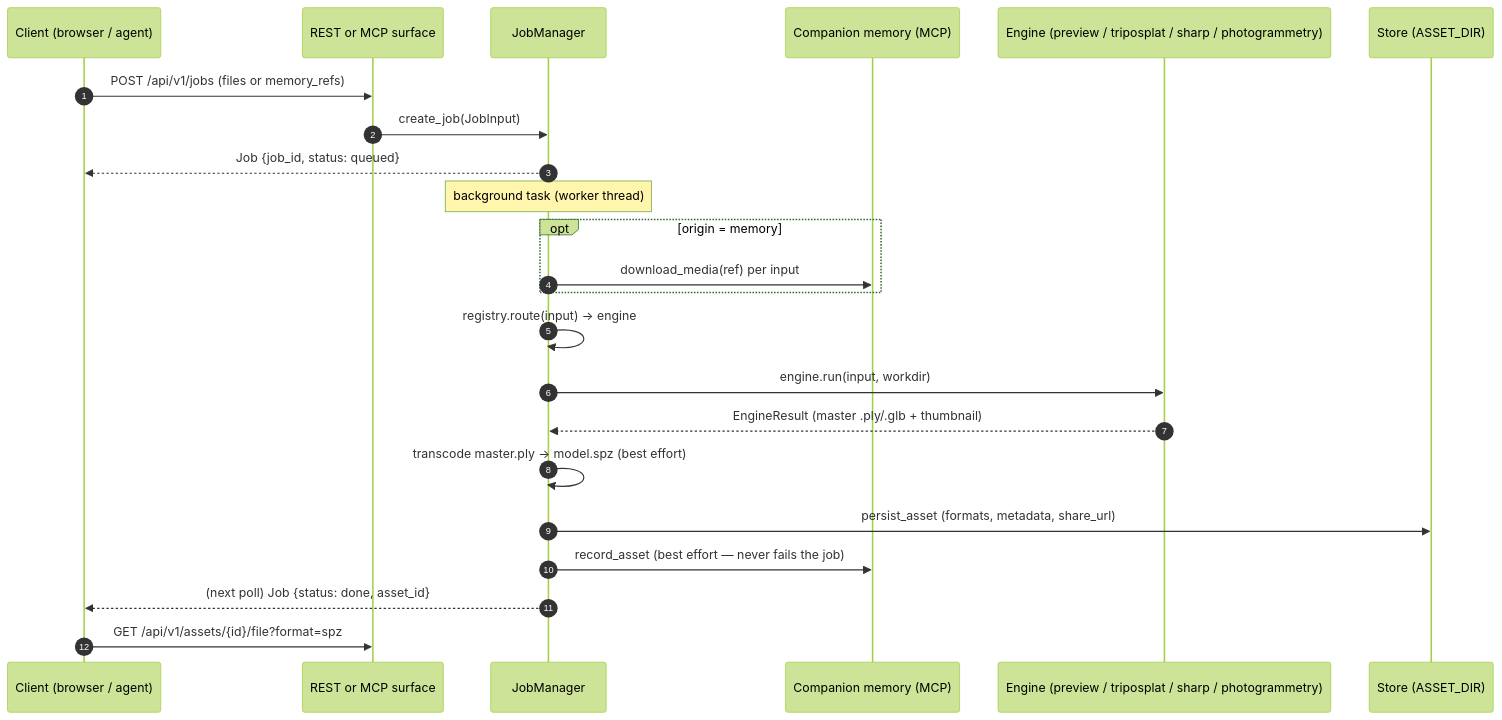
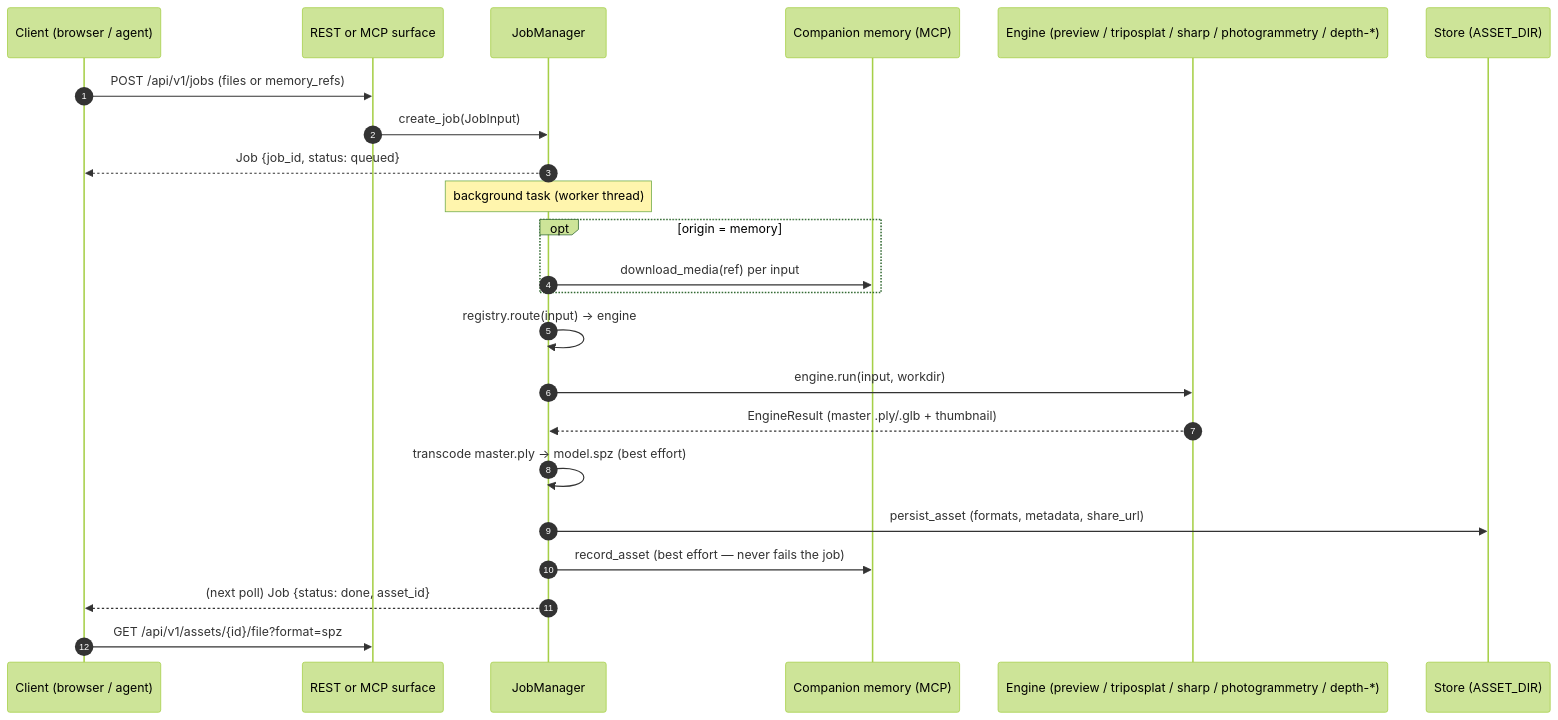
Before and after one commit to companionintelligence/CI-Spatial-Photo: the first of 4 diagrams in docs/API.md, drawn with Mermaid (forest theme). The commit also changed other lines of this file and 61 other files, not shown here.

````diff
--- a/docs/API.md
+++ b/docs/API.md
@@ -28,26 +28,26 @@
 ```mermaid
 sequenceDiagram
     autonumber
     participant C as Client (browser / agent)
     participant API as REST or MCP surface
     participant JM as JobManager
     participant M as Companion memory (MCP)
-    participant E as Engine (preview / triposplat / sharp / photogrammetry)
+    participant E as Engine (preview / triposplat / sharp / photogrammetry / depth-*)
     participant S as Store (ASSET_DIR)
 
     C->>API: POST /api/v1/jobs (files or memory_refs)
     API->>JM: create_job(JobInput)
     JM-->>C: Job {job_id, status: queued}
     Note over JM: background task (worker thread)
     opt origin = memory
         JM->>M: download_media(ref) per input
     end
     JM->>JM: registry.route(input) → engine
     JM->>E: engine.run(input, workdir)
     E-->>JM: EngineResult (master .ply/.glb + thumbnail)
     JM->>JM: transcode master.ply → model.spz (best effort)
     JM->>S: persist_asset (formats, metadata, share_url)
     JM->>M: record_asset (best effort — never fails the job)
     JM-->>C: (next poll) Job {status: done, asset_id}
     C->>API: GET /api/v1/assets/{id}/file?format=spz
 ```
````
